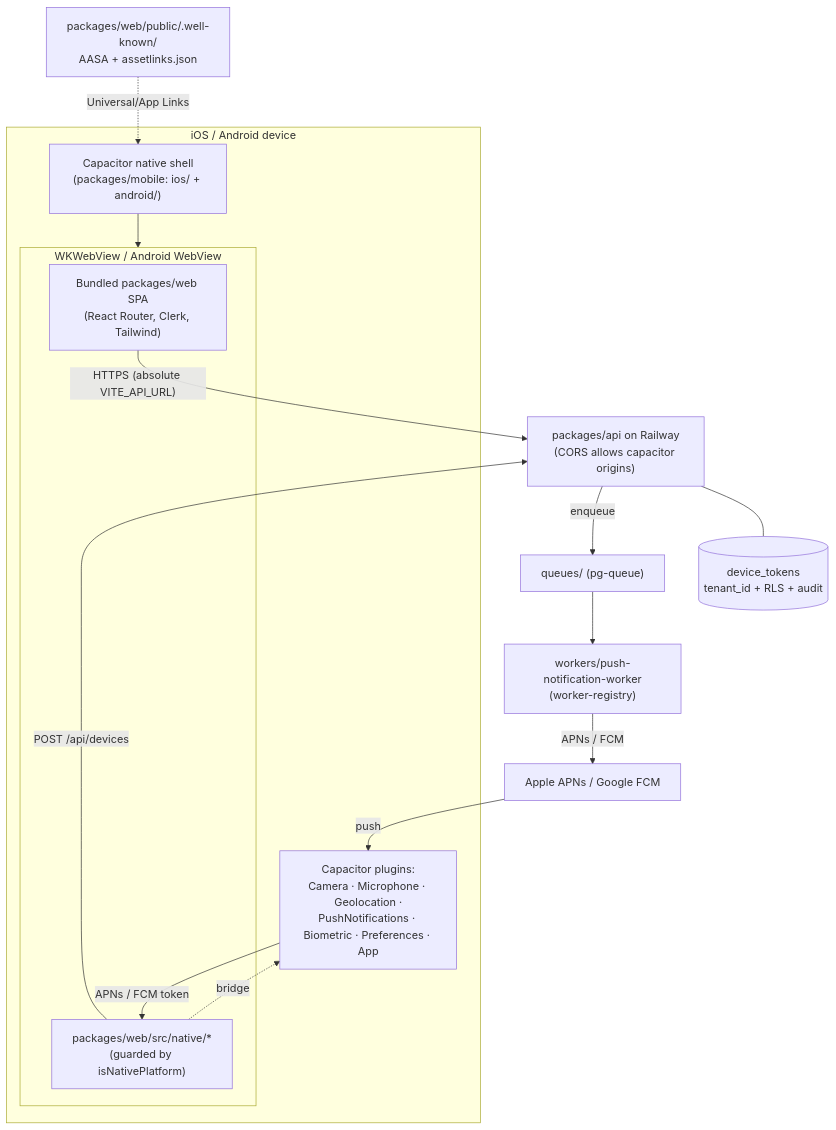
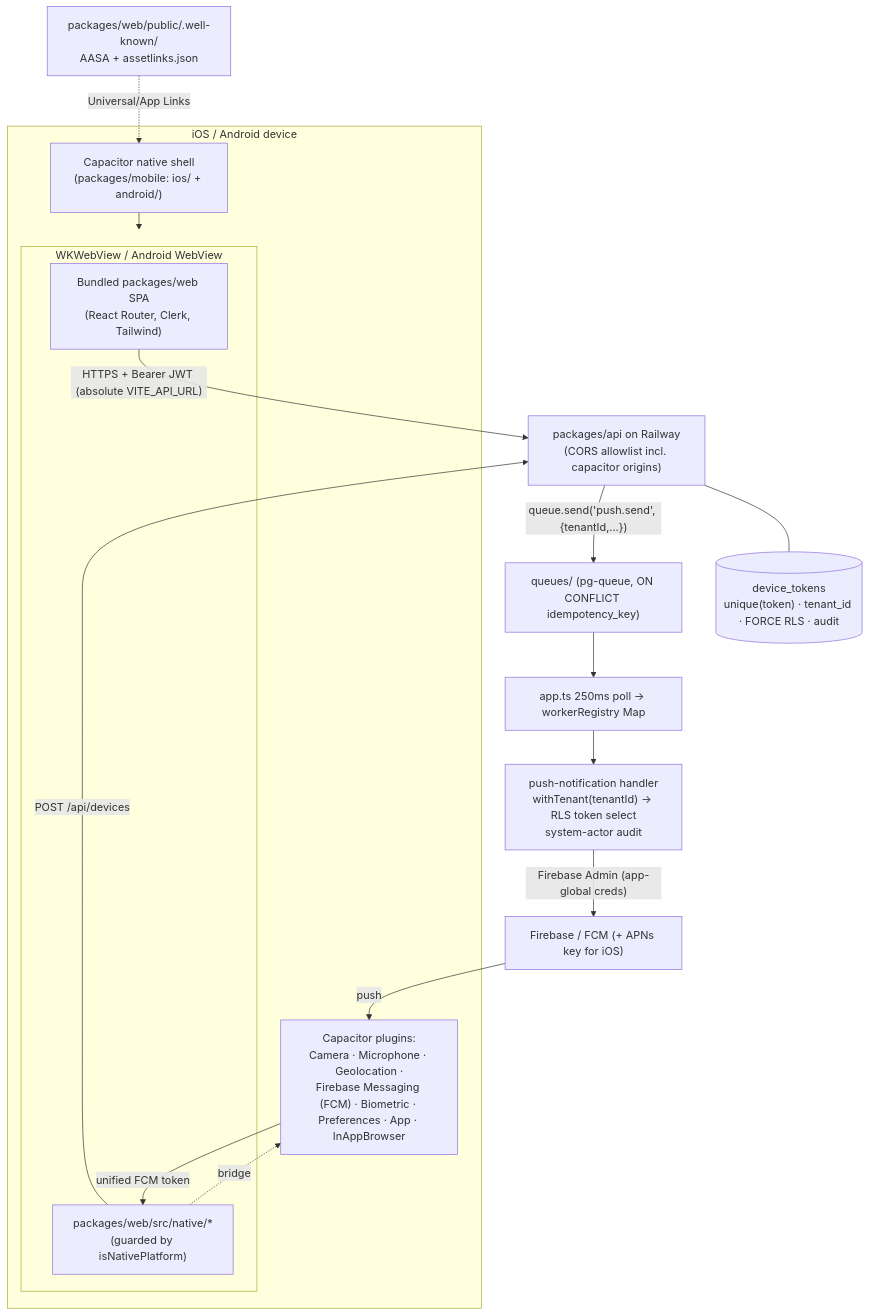
Before and after one commit to joshrkay/Serviceos: the diagram in docs/plans/2026-06-14-001-feat-mobile-app-capacitor-ios-android-plan.md, drawn with Mermaid. The commit also changed other lines of this file, not shown here.

First line of the commit message:
docs: deepen mobile-app plan with verified findings

````diff
--- a/docs/plans/2026-06-14-001-feat-mobile-app-capacitor-ios-android-plan.md
+++ b/docs/plans/2026-06-14-001-feat-mobile-app-capacitor-ios-android-plan.md
@@ -129,24 +191,25 @@
 ```mermaid
 flowchart TB
   subgraph Device["iOS / Android device"]
     Shell["Capacitor native shell<br/>(packages/mobile: ios/ + android/)"]
     subgraph WebView["WKWebView / Android WebView"]
       SPA["Bundled packages/web SPA<br/>(React Router, Clerk, Tailwind)"]
       Native["packages/web/src/native/*<br/>(guarded by isNativePlatform)"]
     end
-    Plugins["Capacitor plugins:<br/>Camera · Microphone · Geolocation ·<br/>PushNotifications · Biometric · Preferences · App"]
+    Plugins["Capacitor plugins:<br/>Camera · Microphone · Geolocation ·<br/>Firebase Messaging (FCM) · Biometric · Preferences · App · InAppBrowser"]
     Shell --> WebView
     Native -. bridge .-> Plugins
   end
 
-  SPA -- "HTTPS (absolute VITE_API_URL)" --> API["packages/api on Railway<br/>(CORS allows capacitor origins)"]
-  Plugins -- "APNs / FCM token" --> Native
+  SPA -- "HTTPS + Bearer JWT (absolute VITE_API_URL)" --> API["packages/api on Railway<br/>(CORS allowlist incl. capacitor origins)"]
+  Plugins -- "unified FCM token" --> Native
   Native -- "POST /api/devices" --> API
-  API -- "enqueue" --> Q["queues/ (pg-queue)"]
-  Q --> W["workers/push-notification-worker<br/>(worker-registry)"]
-  W -- "APNs / FCM" --> APNS["Apple APNs / Google FCM"]
-  APNS -- "push" --> Plugins
-  API --- DB[("device_tokens<br/>tenant_id + RLS + audit")]
+  API -- "queue.send('push.send', {tenantId,...})" --> Q["queues/ (pg-queue, ON CONFLICT idempotency_key)"]
+  Q --> Poll["app.ts 250ms poll → workerRegistry Map"]
+  Poll --> W["push-notification handler<br/>withTenant(tenantId) → RLS token select<br/>system-actor audit"]
+  W -- "Firebase Admin (app-global creds)" --> FCM["Firebase / FCM (+ APNs key for iOS)"]
+  FCM -- "push" --> Plugins
+  API --- DB[("device_tokens<br/>unique(token) · tenant_id · FORCE RLS · audit")]
 
   WellKnown["packages/web/public/.well-known/<br/>AASA + assetlinks.json"] -. "Universal/App Links" .-> Shell
 ```
````
